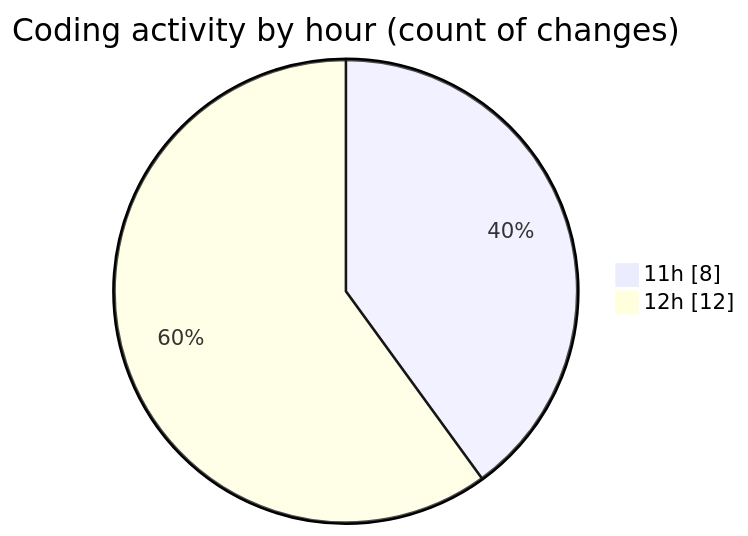
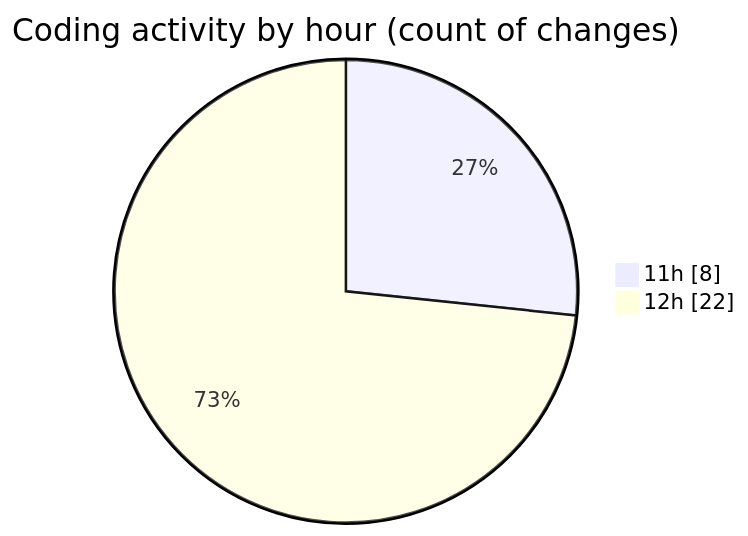
Before and after one commit to BS-eng2023/code-tracking: the second of 2 diagrams in 2025-05-04/project/README.md, drawn with Mermaid. The commit also changed other lines of this file and 1 other file, not shown here.

````diff
--- a/2025-05-04/project/README.md
+++ b/2025-05-04/project/README.md
@@ -39,6 +45,6 @@
 ```mermaid
 pie showData
 title Coding activity by hour (count of changes)
 "11h" : 8
-"12h" : 12
+"12h" : 22
 ```
````
